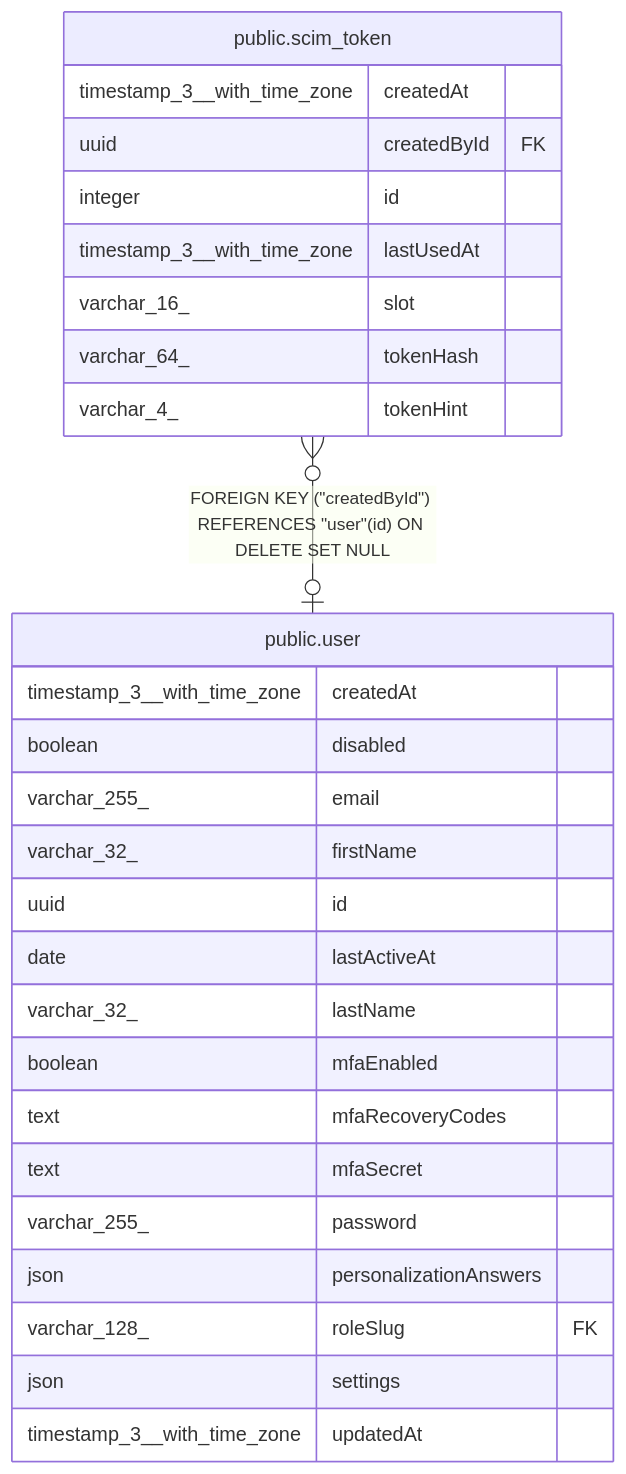
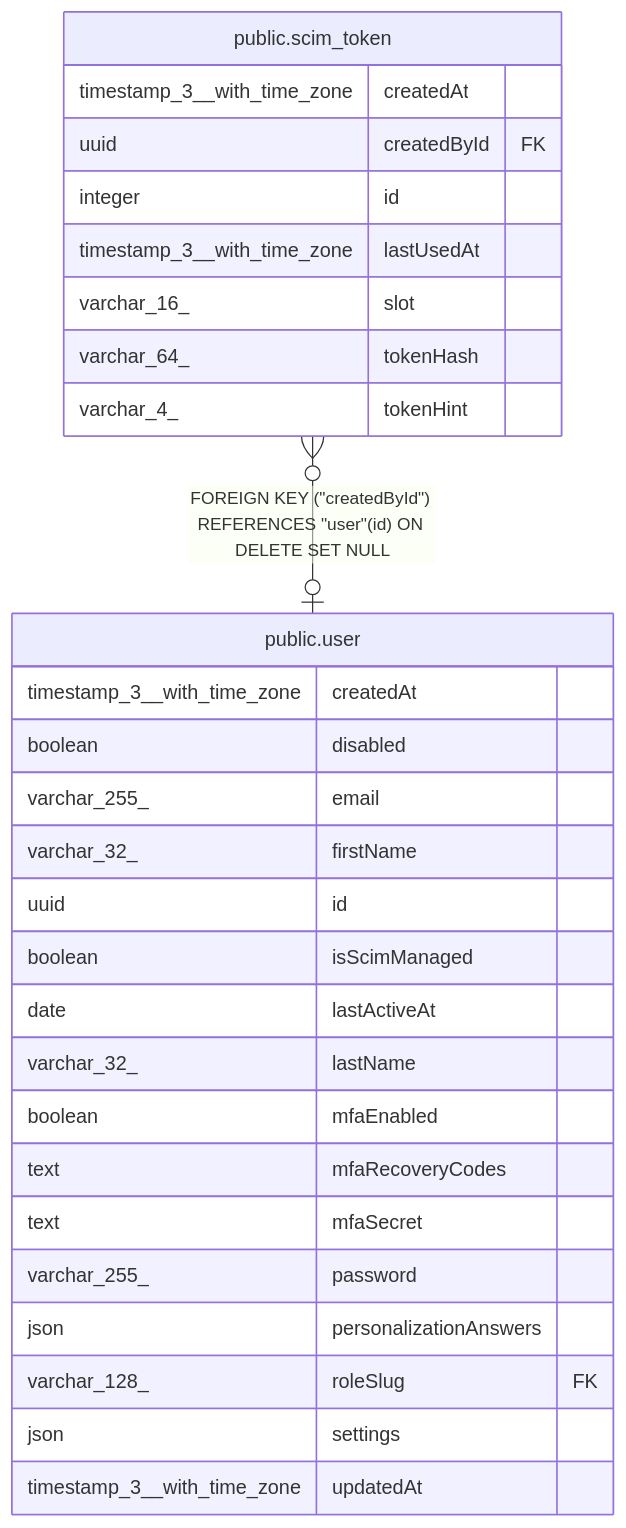
Before and after one commit to jalaluddinkhan1/n8n: the diagram in docs/generated/postgres-schema/public.scim_token.md, drawn with Mermaid. The commit also changed 126 other files, not shown here.

````diff
--- a/docs/generated/postgres-schema/public.scim_token.md
+++ b/docs/generated/postgres-schema/public.scim_token.md
@@ -37,32 +37,33 @@
 ```mermaid
 erDiagram
 
 "public.scim_token" }o--o| "public.user" : "FOREIGN KEY (#quot;createdById#quot;) REFERENCES #quot;user#quot;(id) ON DELETE SET NULL"
 
 "public.scim_token" {
   timestamp_3__with_time_zone createdAt
   uuid createdById FK
   integer id
   timestamp_3__with_time_zone lastUsedAt
   varchar_16_ slot
   varchar_64_ tokenHash
   varchar_4_ tokenHint
 }
 "public.user" {
   timestamp_3__with_time_zone createdAt
   boolean disabled
   varchar_255_ email
   varchar_32_ firstName
   uuid id
+  boolean isScimManaged
   date lastActiveAt
   varchar_32_ lastName
   boolean mfaEnabled
   text mfaRecoveryCodes
   text mfaSecret
   varchar_255_ password
   json personalizationAnswers
   varchar_128_ roleSlug FK
   json settings
   timestamp_3__with_time_zone updatedAt
 }
 ```
````
